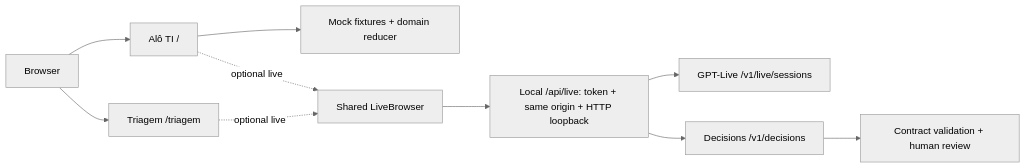
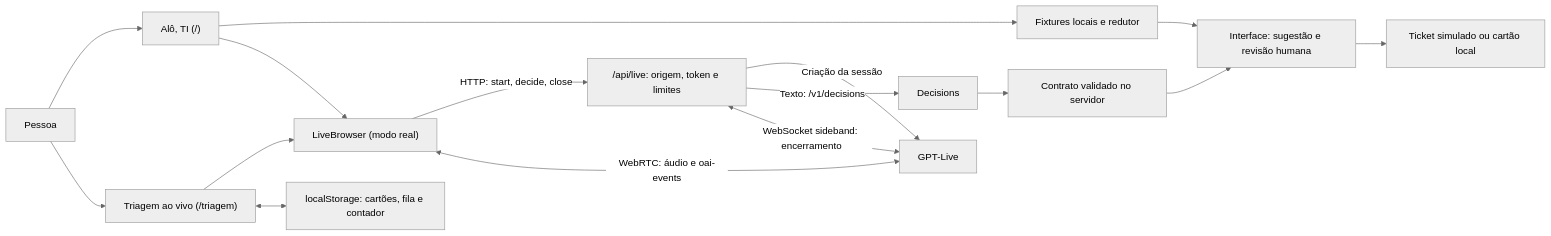
Before and after one commit to glaucia86/decisions-ai-demos: the first of 4 diagrams in README.md, drawn with Mermaid (neutral theme). The commit also changed other lines of this file and 9 other files, not shown here.

Commit message:
docs: README completo e vídeos reais (voz) das demos Alô, TI e Triagem

````diff
--- a/README.md
+++ b/README.md
@@ -45,12 +191,18 @@
 ```mermaid
 flowchart LR
-  U[Browser] --> A[Alô TI /]
-  U --> T[Triagem /triagem]
-  A --> M[Mock fixtures + domain reducer]
-  A -. optional live .-> L[Shared LiveBrowser]
-  T -. optional live .-> L
-  L --> G[Local /api/live: token + same origin + HTTP loopback]
-  G --> V[GPT-Live /v1/live/sessions]
-  G --> D[Decisions /v1/decisions]
-  D --> R[Contract validation + human review]
+  P["Pessoa"] --> A["Alô, TI (/)"]
+  P --> T["Triagem ao vivo (/triagem)"]
+  A --> M["Fixtures locais e redutor"]
+  A --> B["LiveBrowser (modo real)"]
+  T --> B
+  T <--> L["localStorage: cartões, fila e contador"]
+  B -->|"HTTP: start, decide, close"| S["/api/live: origem, token e limites"]
+  S -->|"Criação da sessão"| G["GPT-Live"]
+  B <-->|"WebRTC: áudio e oai-events"| G
+  S -->|"Texto: /v1/decisions"| D["Decisions"]
+  D --> V["Contrato validado no servidor"]
+  V --> R["Interface: sugestão e revisão humana"]
+  M --> R
+  S <-->|"WebSocket sideband: encerramento"| G
+  R --> O["Ticket simulado ou cartão local"]
 ```
````
